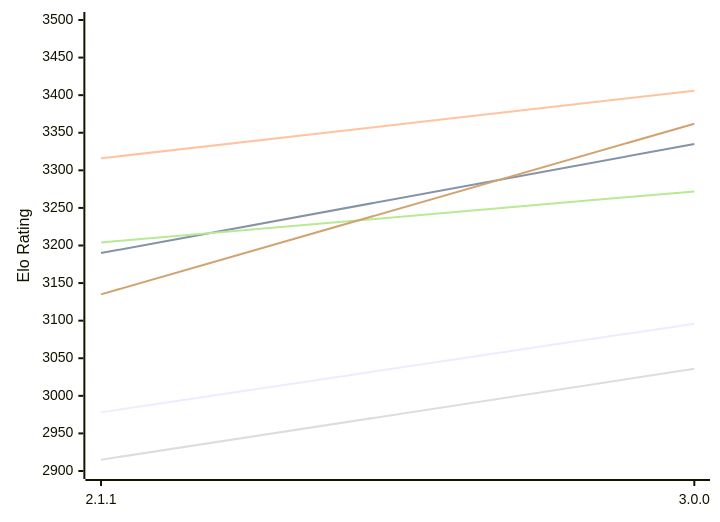
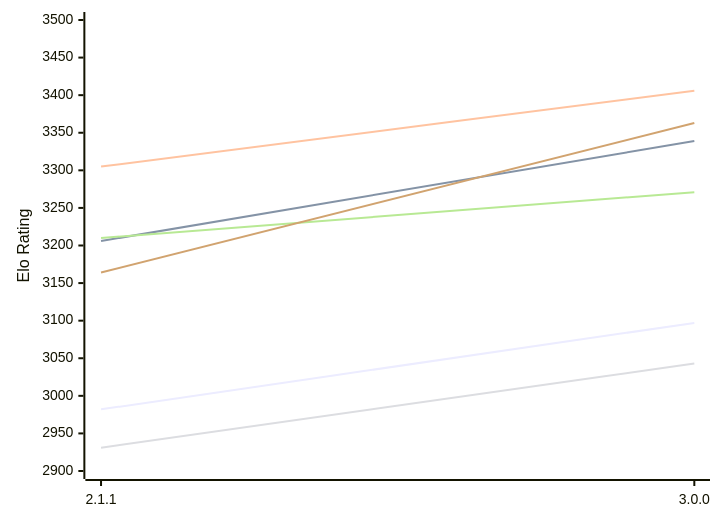
One commit to computer-chess-index/cci changed the first of 2 diagrams in engines/Bread.md. Above: the diagram before and after it, drawn with Mermaid. The commit also changed other lines of this file, not shown here.

Commit message:
Update CCI Ratings (ELO VLTC) - 2026-11-17

````diff
--- a/engines/Bread.md
+++ b/engines/Bread.md
@@ -51,12 +51,12 @@
 ```mermaid
 %%{init: {"theme":"base","themeVariables":{"seriesColors:['#a3a3a3','#222221','#faa371']}}}%%
 xychart-beta
   x-axis ["2.1.1", "3.0.0"]
   y-axis "Elo Rating" 2900 --> 3500
-  line "E1: STC (8.0+0.08s)" [2978, 3096]
-  line "E1: LTC (60.0+0.60s)" [3190, 3335]
-  line "E1: VLTC (2m24s+1.12s)" [3316, 3406]
-  line "P1: STC (8.0+0.08s)" [2915, 3036]
-  line "P1: LTC (60.0+0.60s)" [3204, 3272]
-  line "P1: VLTC (2m24s+1.12s)" [3135, 3362]
+  line "E1: STC (8.0+0.08s)" [2982, 3097]
+  line "E1: LTC (60.0+0.60s)" [3206, 3339]
+  line "E1: VLTC (2m24s+1.12s)" [3305, 3406]
+  line "P1: STC (8.0+0.08s)" [2931, 3043]
+  line "P1: LTC (60.0+0.60s)" [3210, 3271]
+  line "P1: VLTC (2m24s+1.12s)" [3164, 3363]
 ```
````
